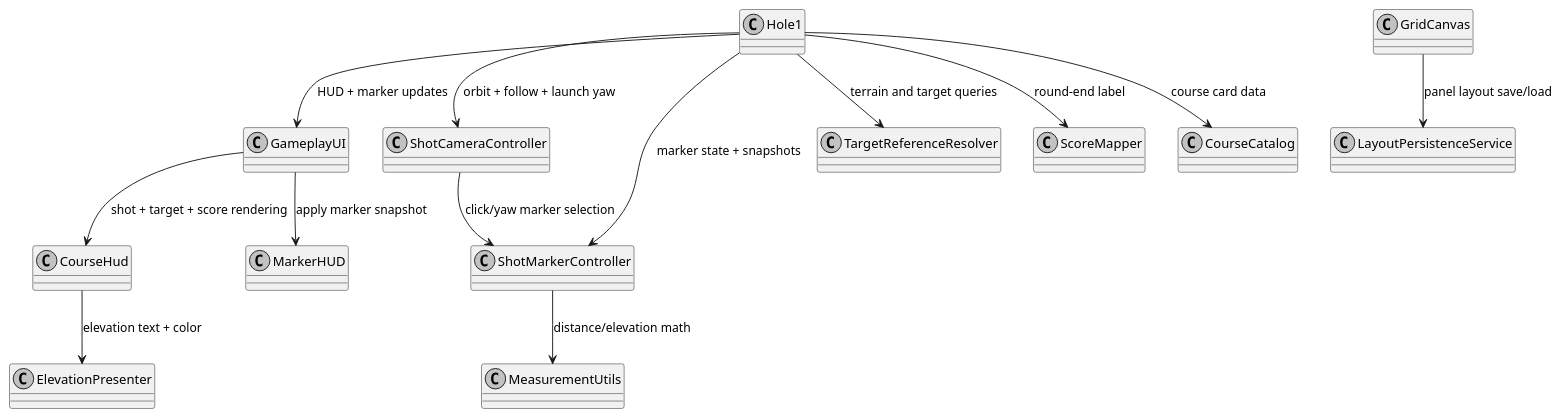
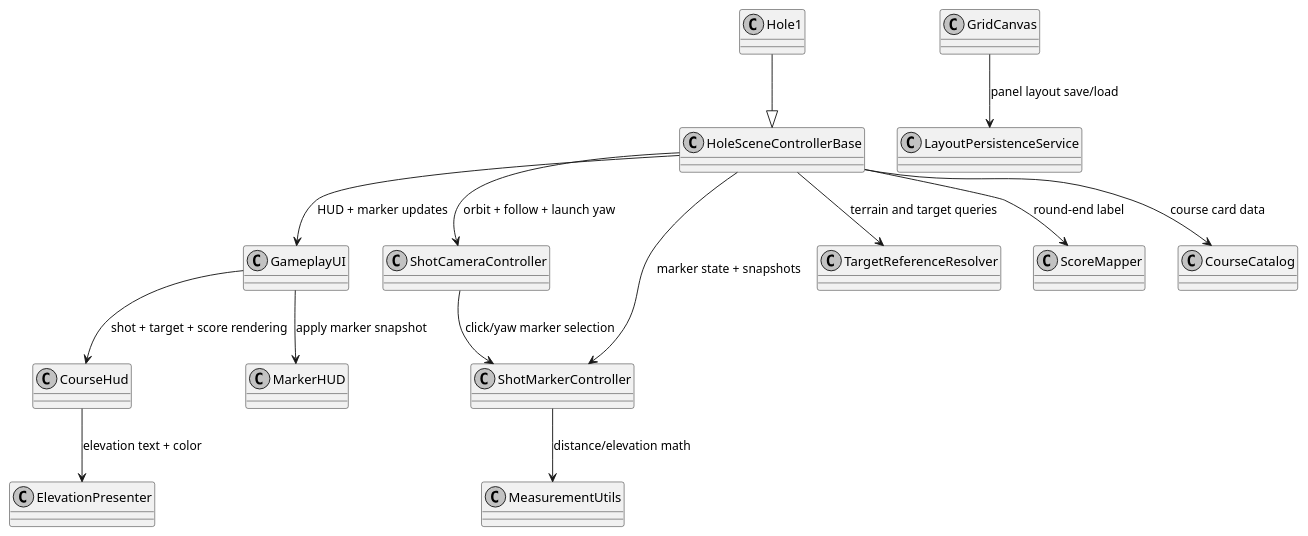
One commit to digitalhand/openfairway changed the diagram in README.md. Above: the diagram before and after it, drawn with PlantUML. The commit also changed other lines of this file and 3 other files, not shown here.

````diff
--- a/README.md
+++ b/README.md
@@ -171,33 +173,35 @@
 ```plantuml
 @startuml
 skinparam monochrome true
 
 class GameplayUI
 class CourseHud
 class MarkerHUD
 class ShotCameraController
 class ShotMarkerController
 class TargetReferenceResolver
 class MeasurementUtils
 class ElevationPresenter
 class LayoutPersistenceService
 class GridCanvas
 class ScoreMapper
 class CourseCatalog
+class HoleSceneControllerBase
 class Hole1
 
-Hole1 --> ShotCameraController : orbit + follow + launch yaw
-Hole1 --> ShotMarkerController : marker state + snapshots
-Hole1 --> TargetReferenceResolver : terrain and target queries
-Hole1 --> GameplayUI : HUD + marker updates
-Hole1 --> ScoreMapper : round-end label
-Hole1 --> CourseCatalog : course card data
+Hole1 --|> HoleSceneControllerBase
+HoleSceneControllerBase --> ShotCameraController : orbit + follow + launch yaw
+HoleSceneControllerBase --> ShotMarkerController : marker state + snapshots
+HoleSceneControllerBase --> TargetReferenceResolver : terrain and target queries
+HoleSceneControllerBase --> GameplayUI : HUD + marker updates
+HoleSceneControllerBase --> ScoreMapper : round-end label
+HoleSceneControllerBase --> CourseCatalog : course card data
 ShotCameraController --> ShotMarkerController : click/yaw marker selection
 ShotMarkerController --> MeasurementUtils : distance/elevation math
 GameplayUI --> CourseHud : shot + target + score rendering
 GameplayUI --> MarkerHUD : apply marker snapshot
 CourseHud --> ElevationPresenter : elevation text + color
 GridCanvas --> LayoutPersistenceService : panel layout save/load
 
 @enduml
 ```
````
